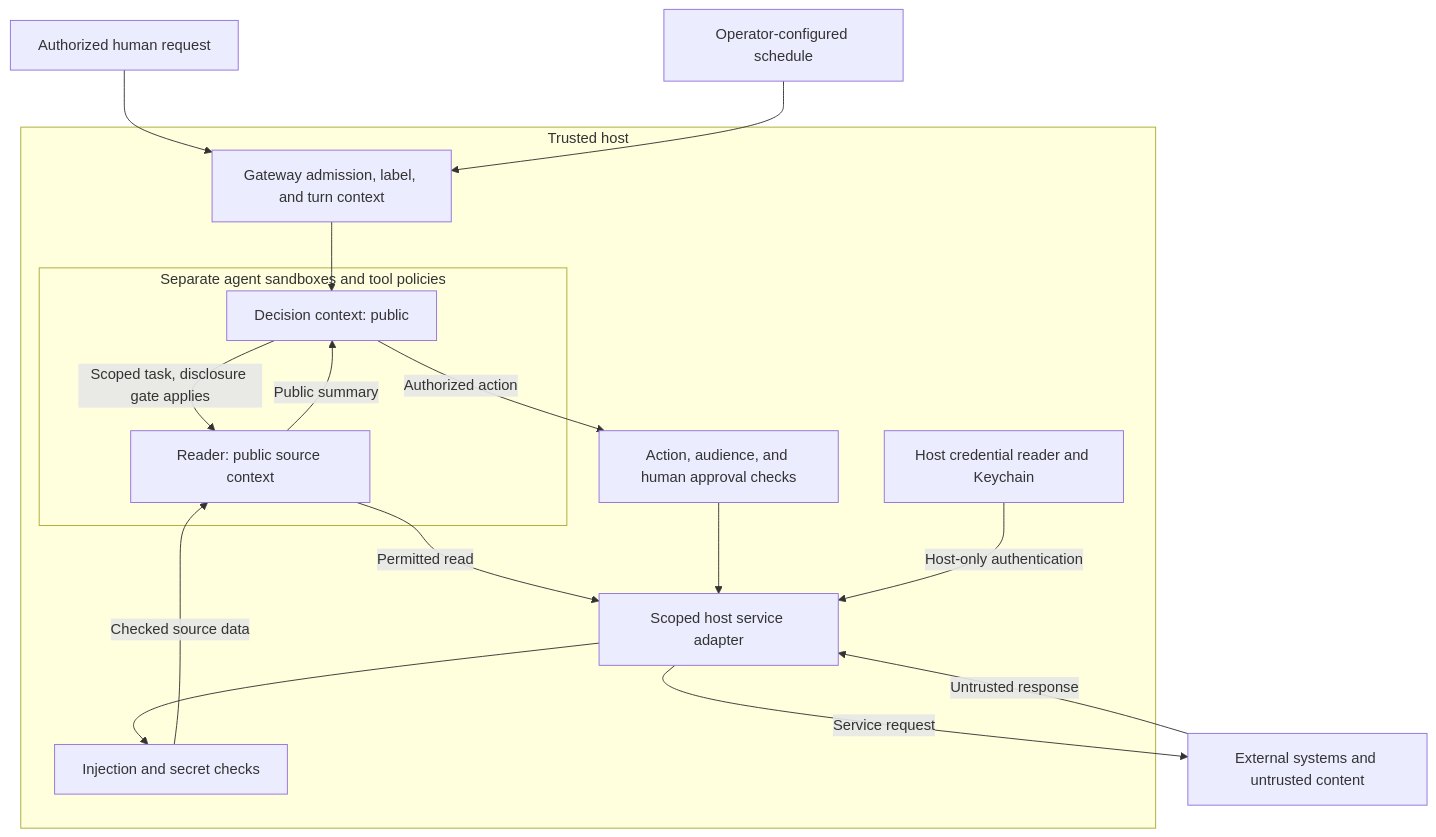
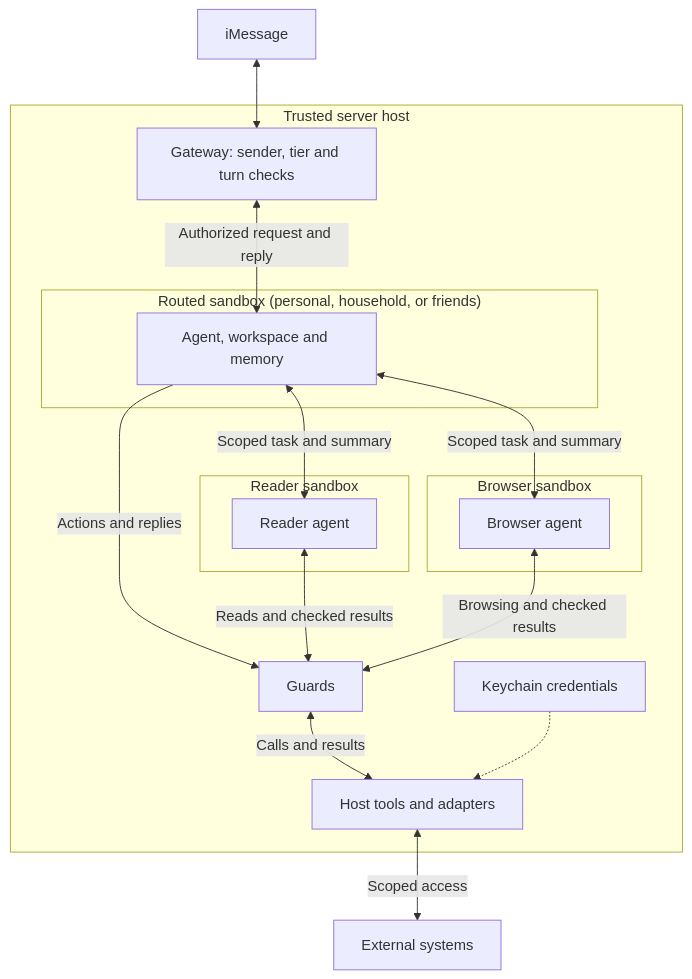
The fifth of 5 diagrams in docs/openclaw-setup/security-architecture.md (coletaylor788/puddles), drawn with Mermaid before and after one commit. The commit also changed other lines of this file and 4 other files, not shown here.

Commit message:
docs: align design and review with security architecture

````diff
--- a/docs/openclaw-setup/security-architecture.md
+++ b/docs/openclaw-setup/security-architecture.md
@@ -214,30 +205,34 @@
 ```mermaid
 flowchart TB
-    Owner["Authorized human request"]
-    Schedule["Operator-configured schedule"]
-    External["External systems and untrusted content"]
-    subgraph Host["Trusted host"]
-        Admission["Gateway admission, label, and turn context"]
-        Secrets["Host credential reader and Keychain"]
-        Adapter["Scoped host service adapter"]
-        Ingress["Injection and secret checks"]
-        Egress["Action, audience, and human approval checks"]
-        subgraph AgentBoundary["Separate agent sandboxes and tool policies"]
-            Main["Decision context: public"]
-            Reader["Reader: public source context"]
+    IMessage["iMessage"]
+    External["External systems"]
+
+    subgraph Host["Trusted server host"]
+        Gateway["Gateway: sender, tier and turn checks"]
+        Tools["Host tools and adapters"]
+        Guards["Guards"]
+        Credentials["Keychain credentials"]
+
+        subgraph DecisionBox["Routed sandbox (personal, household, or friends)"]
+            Agent["Agent, workspace and memory"]
         end
-        Admission --> Main
-        Main -->|"Scoped task, disclosure gate applies"| Reader
-        Reader -->|"Permitted read"| Adapter
-        Adapter --> Ingress
-        Ingress -->|"Checked source data"| Reader
-        Reader -->|"Public summary"| Main
-        Main -->|"Authorized action"| Egress
-        Egress --> Adapter
-        Secrets -->|"Host-only authentication"| Adapter
+        subgraph ReaderBox["Reader sandbox"]
+            Reader["Reader agent"]
+        end
+        subgraph BrowserBox["Browser sandbox"]
+            Browser["Browser agent"]
+        end
+
+        Gateway <-->|"Authorized request and reply"| Agent
+        Agent <-->|"Scoped task and summary"| Reader
+        Agent <-->|"Scoped task and summary"| Browser
+        Agent -->|"Actions and replies"| Guards
+        Reader <-->|"Reads and checked results"| Guards
+        Browser <-->|"Browsing and checked results"| Guards
+        Guards <-->|"Calls and results"| Tools
+        Credentials -.-> Tools
     end
-    Owner --> Admission
-    Schedule --> Admission
-    Adapter -->|"Service request"| External
-    External -->|"Untrusted response"| Adapter
+
+    IMessage <--> Gateway
+    Tools <-->|"Scoped access"| External
 ```
````
